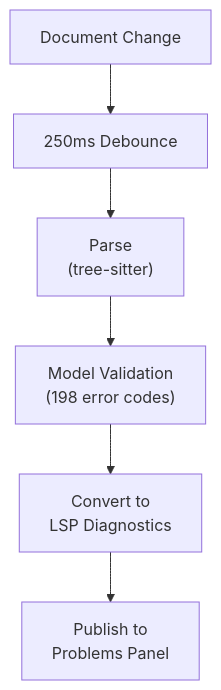
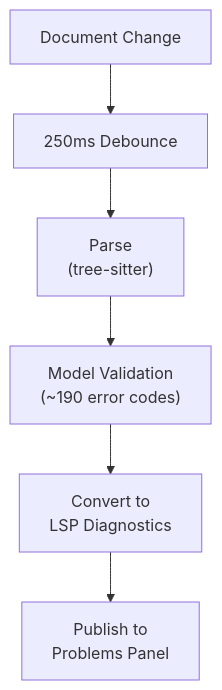
The diagram in vscode/book/src/editing/validation.md (TalkBank/talkbank-tools), drawn with Mermaid before and after one commit. The commit also changed other lines of this file and 149 other files, not shown here.

````diff
--- a/vscode/book/src/editing/validation.md
+++ b/vscode/book/src/editing/validation.md
@@ -65,8 +67,8 @@
 ```mermaid
 flowchart TD
     Change["Document Change"] --> Debounce["250ms Debounce"]
     Debounce --> Parse["Parse\n(tree-sitter)"]
-    Parse --> Validate["Model Validation\n(198 error codes)"]
+    Parse --> Validate["Model Validation\n(~190 error codes)"]
     Validate --> Convert["Convert to\nLSP Diagnostics"]
     Convert --> Publish["Publish to\nProblems Panel"]
 ```
````
